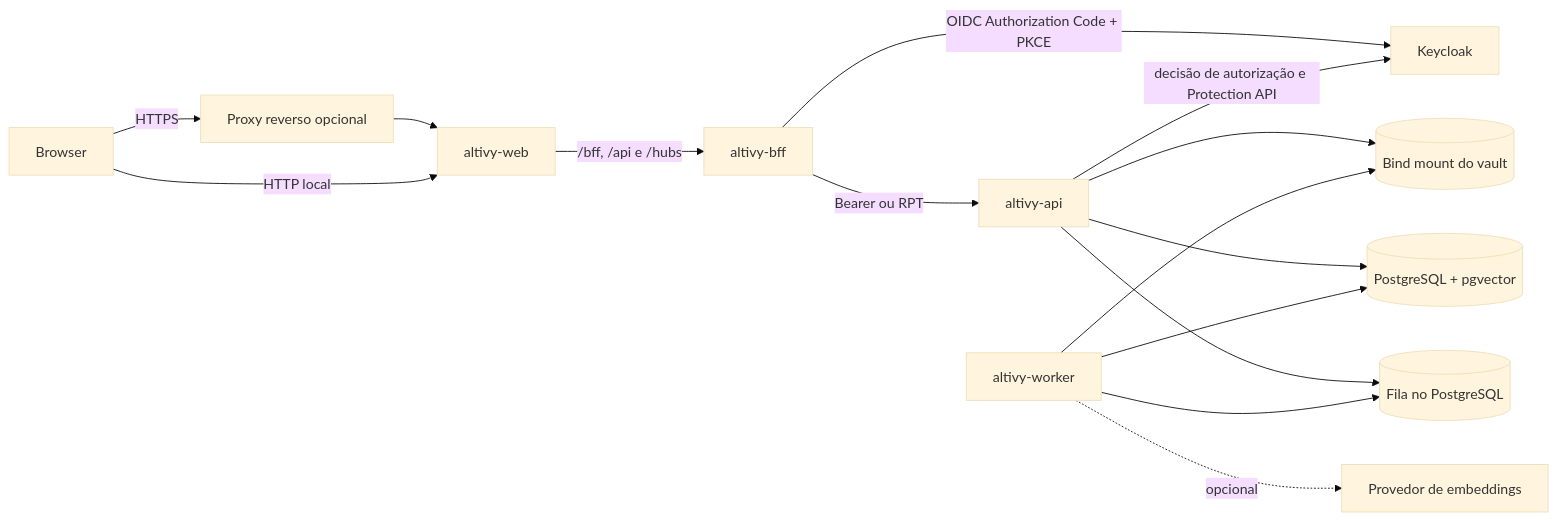
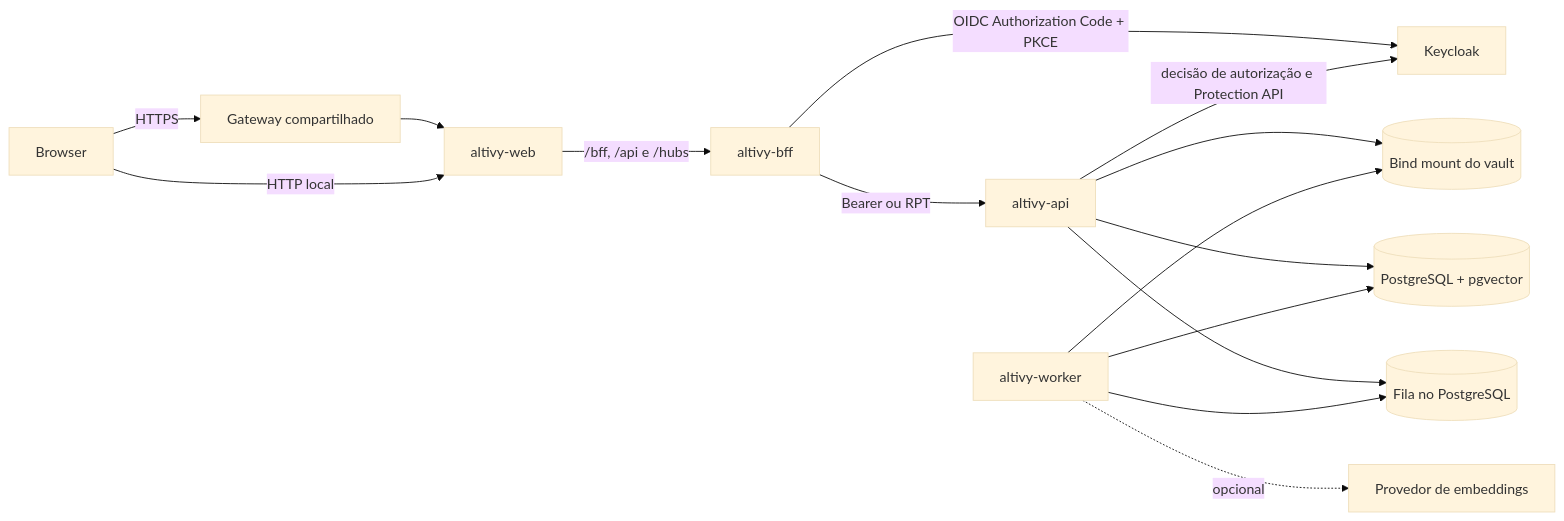
The first of 2 diagrams in docs/plano-mestre.md (altivy-it/nodra), drawn with Mermaid (base theme) before and after one commit. The commit also changed other lines of this file and 23 other files, not shown here.

````diff
--- a/docs/plano-mestre.md
+++ b/docs/plano-mestre.md
@@ -120,17 +120,17 @@
 ```mermaid
 flowchart LR
-    U[Browser] -->|HTTPS| P[Proxy reverso opcional]
+    U[Browser] -->|HTTPS| P[Gateway compartilhado]
     P --> W[altivy-web]
     U -->|HTTP local| W
     W -->|/bff, /api e /hubs| B[altivy-bff]
     B -->|OIDC Authorization Code + PKCE| KC[Keycloak]
     B -->|Bearer ou RPT| A[altivy-api]
     A -->|decisão de autorização e Protection API| KC
     A --> V[(Bind mount do vault)]
     A --> D[(PostgreSQL + pgvector)]
     A --> Q[(Fila no PostgreSQL)]
     R[altivy-worker] --> Q
     R --> V
     R --> D
     R -. opcional .-> E[Provedor de embeddings]
 ```
````
